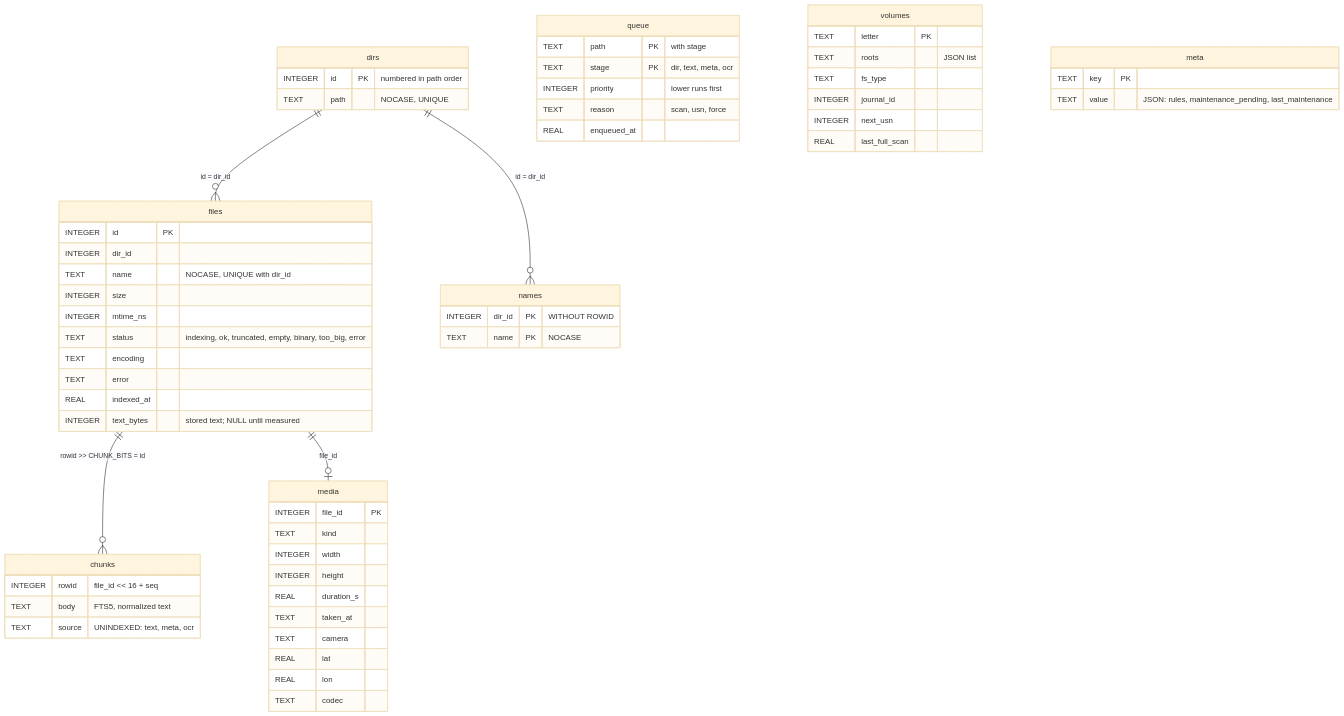
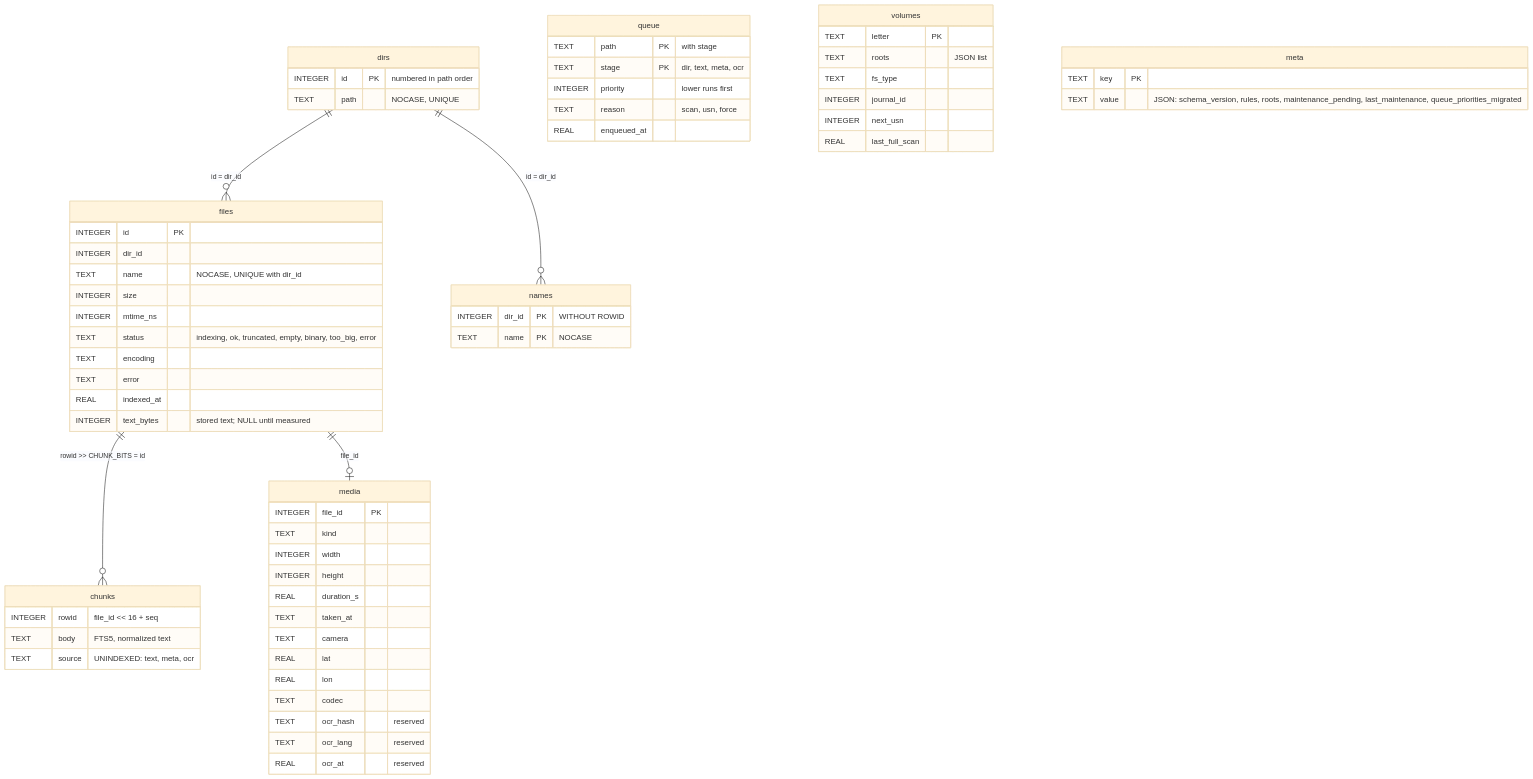
One commit to igrowing/sindex changed the fourth of 16 diagrams in architecture.md. Above: the diagram before and after it, drawn with Mermaid (base theme). The commit also changed other lines of this file, not shown here.

````diff
--- a/architecture.md
+++ b/architecture.md
@@ -394,63 +415,66 @@
 ```mermaid
 erDiagram
     dirs ||--o{ files : "id = dir_id"
     dirs ||--o{ names : "id = dir_id"
     files ||--o{ chunks : "rowid >> CHUNK_BITS = id"
     files ||--o| media : "file_id"
     dirs {
         INTEGER id PK "numbered in path order"
         TEXT path "NOCASE, UNIQUE"
     }
     names {
         INTEGER dir_id PK "WITHOUT ROWID"
         TEXT name PK "NOCASE"
     }
     files {
         INTEGER id PK
         INTEGER dir_id
         TEXT name "NOCASE, UNIQUE with dir_id"
         INTEGER size
         INTEGER mtime_ns
         TEXT status "indexing, ok, truncated, empty, binary, too_big, error"
         TEXT encoding
         TEXT error
         REAL indexed_at
         INTEGER text_bytes "stored text; NULL until measured"
     }
     chunks {
         INTEGER rowid "file_id << 16 + seq"
         TEXT body "FTS5, normalized text"
         TEXT source "UNINDEXED: text, meta, ocr"
     }
     media {
         INTEGER file_id PK
         TEXT kind
         INTEGER width
         INTEGER height
         REAL duration_s
         TEXT taken_at
         TEXT camera
         REAL lat
         REAL lon
         TEXT codec
+        TEXT ocr_hash "reserved"
+        TEXT ocr_lang "reserved"
+        REAL ocr_at "reserved"
     }
     queue {
         TEXT path PK "with stage"
         TEXT stage PK "dir, text, meta, ocr"
         INTEGER priority "lower runs first"
         TEXT reason "scan, usn, force"
         REAL enqueued_at
     }
     volumes {
         TEXT letter PK
         TEXT roots "JSON list"
         TEXT fs_type
         INTEGER journal_id
         INTEGER next_usn
         REAL last_full_scan
     }
     meta {
         TEXT key PK
-        TEXT value "JSON: rules, maintenance_pending, last_maintenance"
+        TEXT value "JSON: schema_version, rules, roots, maintenance_pending, last_maintenance, queue_priorities_migrated"
     }
 ```
````
